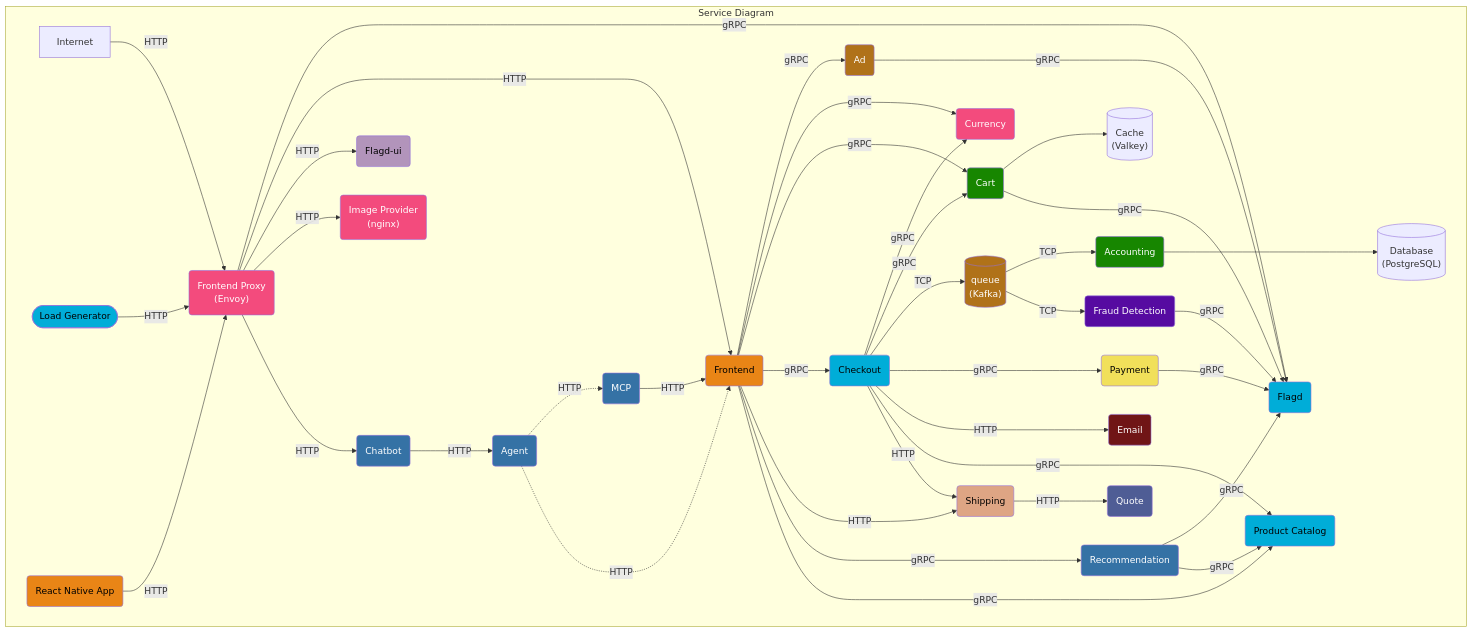
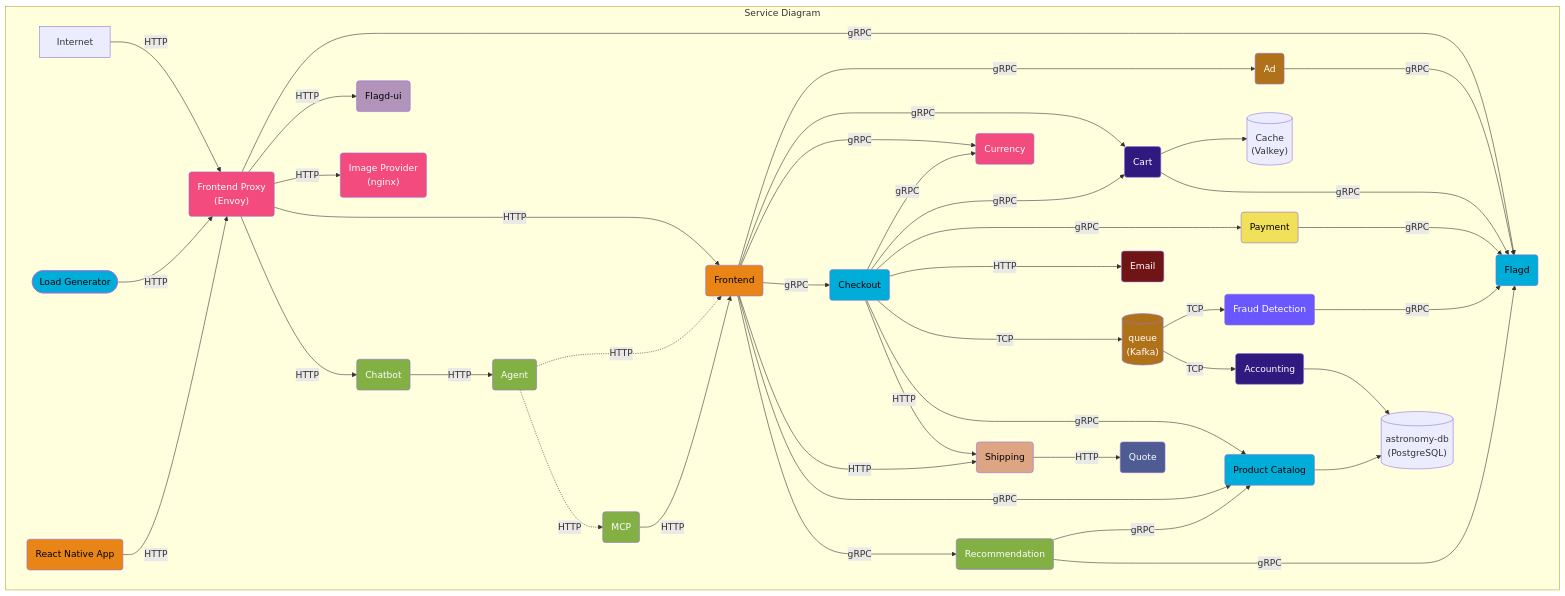
One commit to open-telemetry/opentelemetry.io changed the first of 3 diagrams in content/en/docs/demo/architecture.md. Above: the diagram before and after it, drawn with Mermaid. The commit also changed other lines of this file, not shown here.

Commit message:
[demo] improve architecture diagram (#11456)

```diff
--- a/content/en/docs/demo/architecture.md
+++ b/content/en/docs/demo/architecture.md
@@ -36,71 +36,70 @@
 shipping(Shipping):::rust
 queue[(queue<br/>&#40Kafka&#41)]:::java
 react-native-app(React Native App):::typescript
-postgresql[(Database<br/>&#40PostgreSQL&#41)]
+postgresql[(astronomy-db<br/>&#40PostgreSQL&#41)]
 
-accounting ---> postgresql
+chatbot -->|HTTP| agent
+agent -.->|HTTP| frontend
+agent -.->|HTTP| mcp
 
-agent -.->|HTTP| mcp
-agent -.->|HTTP| frontend
-
-ad ---->|gRPC| flagd
+ad --->|gRPC| flagd
 
 checkout -->|gRPC| currency
 checkout -->|gRPC| cart
+cart --> cache
+cart --->|gRPC| flagd
+
+checkout --->|gRPC| payment
+checkout --->|HTTP| email
 checkout -->|TCP| queue
+checkout ---->|gRPC| product-catalog
+checkout -->|HTTP| shipping
+shipping -->|HTTP| quote
 
-cart --> cache
-cart -->|gRPC| flagd
-
-chatbot -->|HTTP| agent
-
-checkout -->|gRPC| payment
-checkout --->|HTTP| email
-checkout -->|gRPC| product-catalog
-checkout -->|HTTP| shipping
-
-fraud-detection -->|gRPC| flagd
+fraud-detection --->|gRPC| flagd
 
 frontend -->|gRPC| ad
+frontend ---->|gRPC| cart
 frontend -->|gRPC| currency
-frontend -->|gRPC| cart
 frontend -->|gRPC| checkout
 frontend -->|HTTP| shipping
-frontend ---->|gRPC| recommendation
 frontend -->|gRPC| product-catalog
+frontend --->|gRPC| recommendation
 
 frontend-proxy -->|gRPC| flagd
-frontend-proxy -->|HTTP| frontend
 frontend-proxy -->|HTTP| flagd-ui
 frontend-proxy -->|HTTP| image-provider
+frontend-proxy -->|HTTP| frontend
 frontend-proxy -->|HTTP| chatbot
 
 mcp -->|HTTP| frontend
 
-payment -->|gRPC| flagd
+payment --->|gRPC| flagd
 
-queue -->|TCP| accounting
 queue -->|TCP| fraud-detection
 
-recommendation -->|gRPC| flagd
 recommendation -->|gRPC| product-catalog
+recommendation ----->|gRPC| flagd
 
-shipping -->|HTTP| quote
+product-catalog --> postgresql
 
 Internet -->|HTTP| frontend-proxy
 load-generator -->|HTTP| frontend-proxy
 react-native-app -->|HTTP| frontend-proxy
+accounting --> postgresql
+queue -->|TCP| accounting
+
 end
 
-classDef dotnet fill:#178600,color:white;
+classDef dotnet fill:#311a7f,color:white;
 classDef cpp fill:#f34b7d,color:white;
 classDef elixir fill:#b294bb,color:black;
 classDef golang fill:#00add8,color:black;
 classDef java fill:#b07219,color:white;
 classDef javascript fill:#f1e05a,color:black;
-classDef kotlin fill:#560ba1,color:white;
-classDef php fill:#4f5d95,color:white;
-classDef python fill:#3572A5,color:white;
+classDef kotlin fill:#6b57ff,color:white;
+classDef php fill:#4F5B93,color:white;
+classDef python fill:#82b043,color:white;
 classDef ruby fill:#701516,color:white;
 classDef rust fill:#dea584,color:black;
 classDef typescript fill:#e98516,color:black;
```
